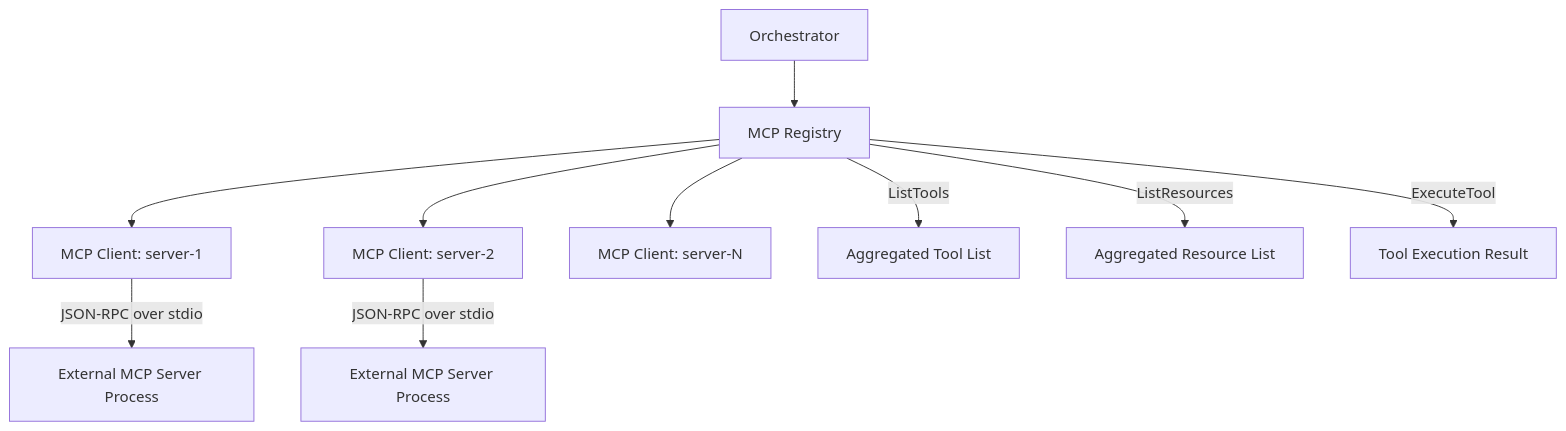
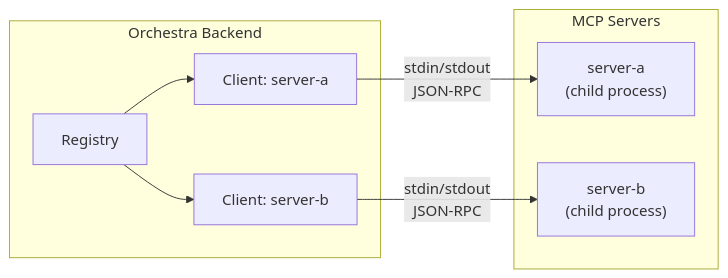
Before and after one commit to bradAGI/Orchestra: the first of 2 diagrams in docs/backend/mcp.md, drawn with Mermaid. The commit also changed other lines of this file and 3 other files, not shown here.

````diff
--- a/docs/backend/mcp.md
+++ b/docs/backend/mcp.md
@@ -9,14 +13,18 @@
 ```mermaid
-graph TD
-    O[Orchestrator] --> R[MCP Registry]
-    R --> C1[MCP Client: server-1]
-    R --> C2[MCP Client: server-2]
-    R --> C3[MCP Client: server-N]
+flowchart LR
+    subgraph Orchestra Backend
+        R[Registry]
+        C1[Client: server-a]
+        C2[Client: server-b]
+        R --> C1
+        R --> C2
+    end
 
-    C1 -->|JSON-RPC over stdio| P1[External MCP Server Process]
-    C2 -->|JSON-RPC over stdio| P2[External MCP Server Process]
+    subgraph MCP Servers
+        S1["server-a<br/>(child process)"]
+        S2["server-b<br/>(child process)"]
+    end
 
-    R -->|ListTools| T[Aggregated Tool List]
-    R -->|ListResources| RS[Aggregated Resource List]
-    R -->|ExecuteTool| TE[Tool Execution Result]
+    C1 -- "stdin/stdout<br/>JSON-RPC" --> S1
+    C2 -- "stdin/stdout<br/>JSON-RPC" --> S2
 ```
````
